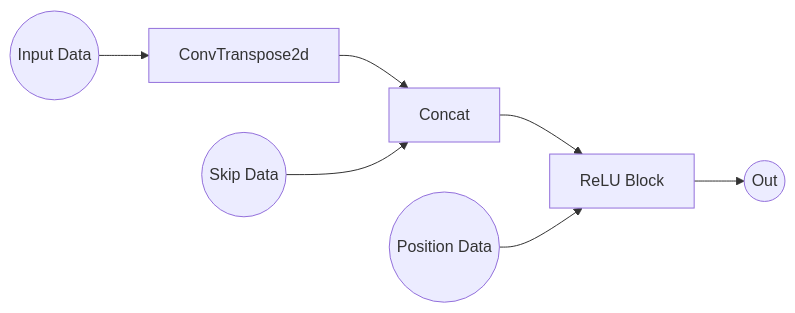
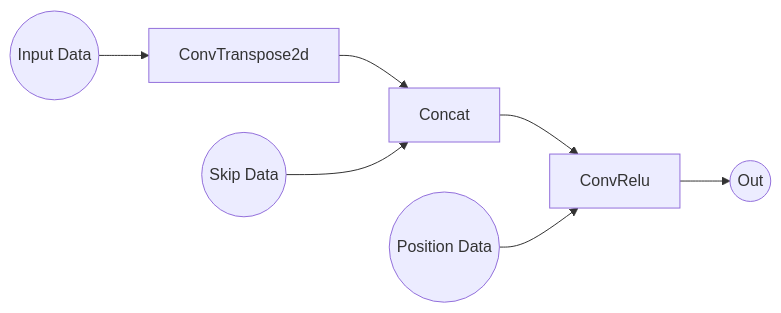
Before and after one commit to shakes76/PatternFlow: the second of 3 diagrams in recognition/s4644376 Stable Diffusion/readme.md, drawn with Mermaid.

Commit message:
Update readme.md
Fixed Diagram Notation

````diff
--- a/recognition/s4644376 Stable Diffusion/readme.md
+++ b/recognition/s4644376 Stable Diffusion/readme.md
@@ -114,7 +114,7 @@
 ```mermaid
 flowchart LR
 start((Input Data)) --> ConvTranspose2d[ConvTranspose2d] --> Cat[Concat];
 startB((Skip Data)) --> Cat[Concat];
 Cat[Concat]-->Relu[ReLU Block];
-startC((Position Data)) --> Relu[ReLU Block]--> Out((Out))
+startC((Position Data)) --> Relu[ConvRelu]--> Out((Out))
 ```
````
